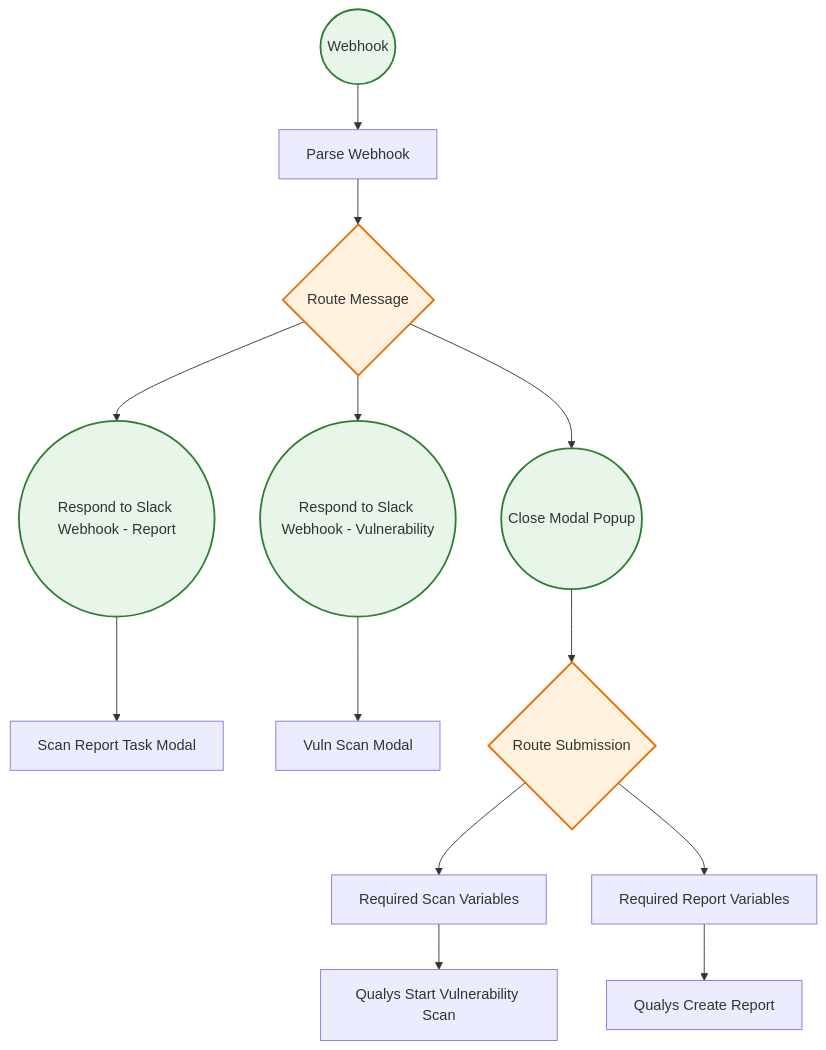
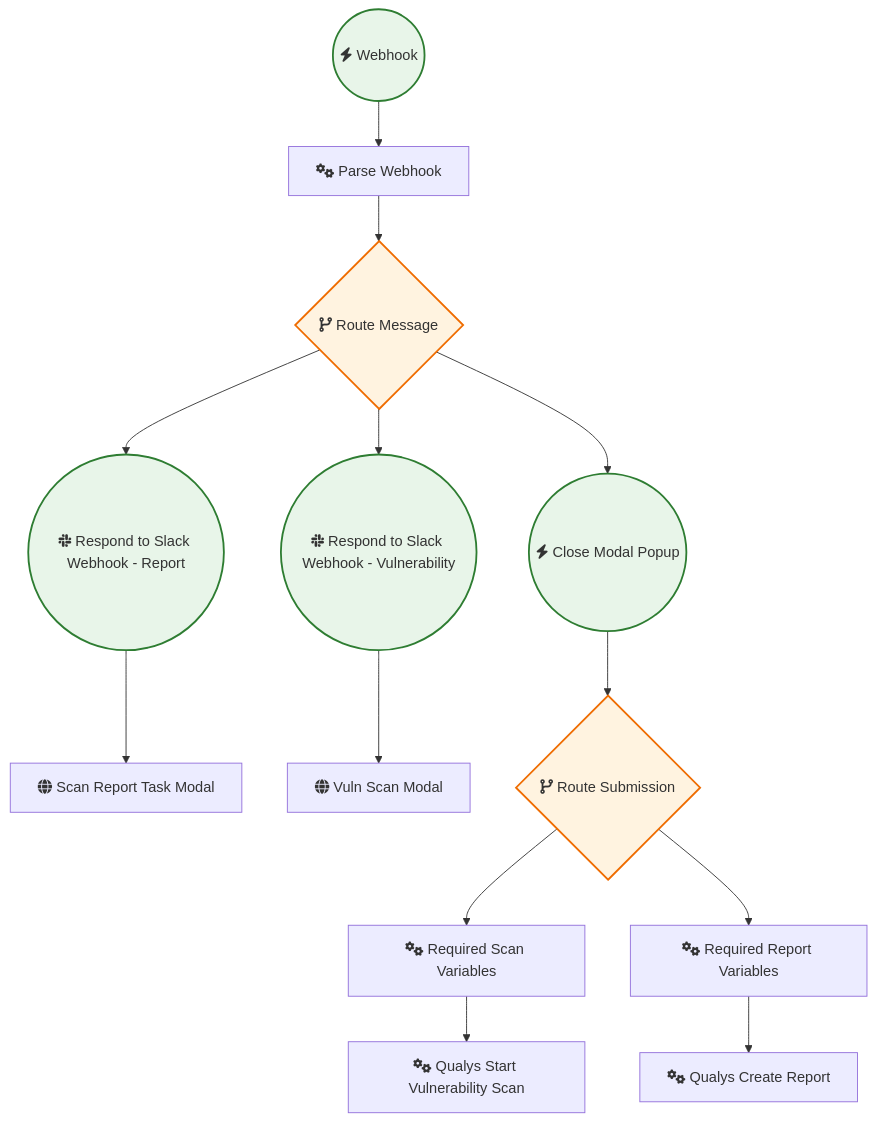
One commit to sreyash3105/N8N-DEMO-AUTOMATIONS changed the diagram in Slack/Enhance Security Operations with the Qualys Slack Shortcut Bot 1.md. Above: the diagram before and after it, drawn with Mermaid. The commit also changed 291 other files, not shown here.

````diff
--- a/Slack/Enhance Security Operations with the Qualys Slack Shortcut Bot 1.md
+++ b/Slack/Enhance Security Operations with the Qualys Slack Shortcut Bot 1.md
@@ -1,33 +1,33 @@
 ```mermaid
 graph TD
     classDef trigger fill:#e8f5e9,stroke:#2e7d32,stroke-width:2px;
     classDef ai fill:#e3f2fd,stroke:#1565c0,stroke-width:2px;
     classDef logic fill:#fff3e0,stroke:#ef6c00,stroke-width:2px;
 
-    Parse_Webhook["Parse Webhook"]
-    Qualys_Create_Report["Qualys Create Report"]
-    Required_Report_Variables["Required Report Variables"]
-    Qualys_Start_Vulnerability_Scan["Qualys Start Vulnerability Scan"]
-    Scan_Report_Task_Modal["Scan Report Task Modal"]
-    Vuln_Scan_Modal["Vuln Scan Modal"]
-    Route_Message{"Route Message"}:::logic
-    Required_Scan_Variables["Required Scan Variables"]
-    Route_Submission{"Route Submission"}:::logic
-    Close_Modal_Popup(("Close Modal Popup")):::trigger
-    Webhook(("Webhook")):::trigger
-    Respond_to_Slack_Webhook___Vulnerability(("Respond to Slack Webhook - Vulnerability")):::trigger
-    Respond_to_Slack_Webhook___Report(("Respond to Slack Webhook - Report")):::trigger
+    Parse_Webhook["fas:fa-cogs Parse Webhook"]
+    Qualys_Create_Report["fas:fa-cogs Qualys Create Report"]
+    Required_Report_Variables["fas:fa-cogs Required Report Variables"]
+    Qualys_Start_Vulnerability_Scan["fas:fa-cogs Qualys Start Vulnerability Scan"]
+    Scan_Report_Task_Modal["fas:fa-globe Scan Report Task Modal"]
+    Vuln_Scan_Modal["fas:fa-globe Vuln Scan Modal"]
+    Route_Message{"fas:fa-code-branch Route Message"}:::logic
+    Required_Scan_Variables["fas:fa-cogs Required Scan Variables"]
+    Route_Submission{"fas:fa-code-branch Route Submission"}:::logic
+    Close_Modal_Popup(("fas:fa-bolt Close Modal Popup")):::trigger
+    Webhook(("fas:fa-bolt Webhook")):::trigger
+    Respond_to_Slack_Webhook___Vulnerability(("fab:fa-slack Respond to Slack Webhook - Vulnerability")):::trigger
+    Respond_to_Slack_Webhook___Report(("fab:fa-slack Respond to Slack Webhook - Report")):::trigger
 
     Webhook --> Parse_Webhook
     Parse_Webhook --> Route_Message
     Route_Message --> Respond_to_Slack_Webhook___Vulnerability
     Route_Message --> Respond_to_Slack_Webhook___Report
     Route_Message --> Close_Modal_Popup
     Route_Submission --> Required_Scan_Variables
     Route_Submission --> Required_Report_Variables
     Close_Modal_Popup --> Route_Submission
     Required_Scan_Variables --> Qualys_Start_Vulnerability_Scan
     Required_Report_Variables --> Qualys_Create_Report
     Respond_to_Slack_Webhook___Report --> Scan_Report_Task_Modal
     Respond_to_Slack_Webhook___Vulnerability --> Vuln_Scan_Modal
 ```
````
